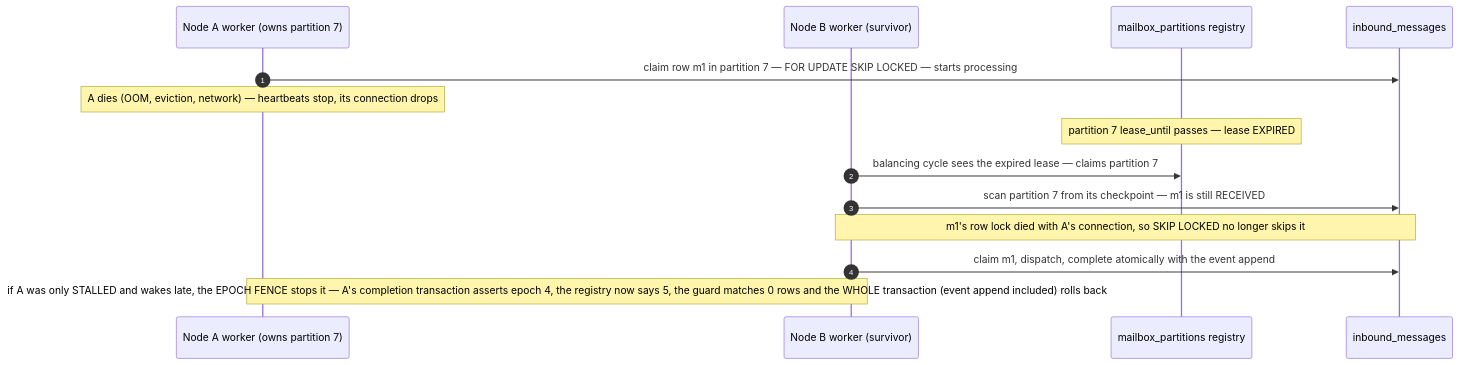
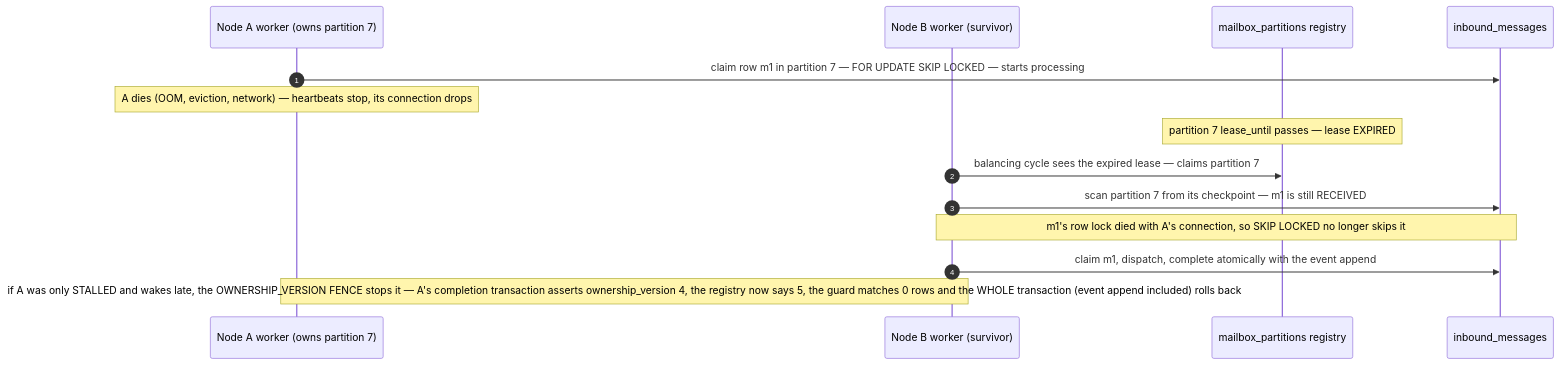
The second of 3 diagrams in docs/proposals/PROP-20260728-152752-actor-mailbox-write-path.md (TheCaptainCompany/captain-food), drawn with Mermaid before and after one commit. The commit also changed other lines of this file and 2 other files, not shown here.

First line of the commit message:
docs(#242): rename epoch to ownership_version, full table structures, worked data per scenario

````diff
--- a/docs/proposals/PROP-20260728-152752-actor-mailbox-write-path.md
+++ b/docs/proposals/PROP-20260728-152752-actor-mailbox-write-path.md
@@ -205,17 +205,17 @@
 ```mermaid
 sequenceDiagram
     autonumber
     participant A as Node A worker (owns partition 7)
     participant B as Node B worker (survivor)
     participant REG as mailbox_partitions registry
     participant MB as inbound_messages
 
     A->>MB: claim row m1 in partition 7 — FOR UPDATE SKIP LOCKED — starts processing
     Note over A: A dies (OOM, eviction, network) — heartbeats stop, its connection drops
     Note over REG: partition 7 lease_until passes — lease EXPIRED
     B->>REG: balancing cycle sees the expired lease — claims partition 7
     B->>MB: scan partition 7 from its checkpoint — m1 is still RECEIVED
     Note over B,MB: m1's row lock died with A's connection, so SKIP LOCKED no longer skips it
     B->>MB: claim m1, dispatch, complete atomically with the event append
-    Note over A,B: if A was only STALLED and wakes late, the EPOCH FENCE stops it — A's completion transaction asserts epoch 4, the registry now says 5, the guard matches 0 rows and the WHOLE transaction (event append included) rolls back
+    Note over A,B: if A was only STALLED and wakes late, the OWNERSHIP_VERSION FENCE stops it — A's completion transaction asserts ownership_version 4, the registry now says 5, the guard matches 0 rows and the WHOLE transaction (event append included) rolls back
 ```
````
